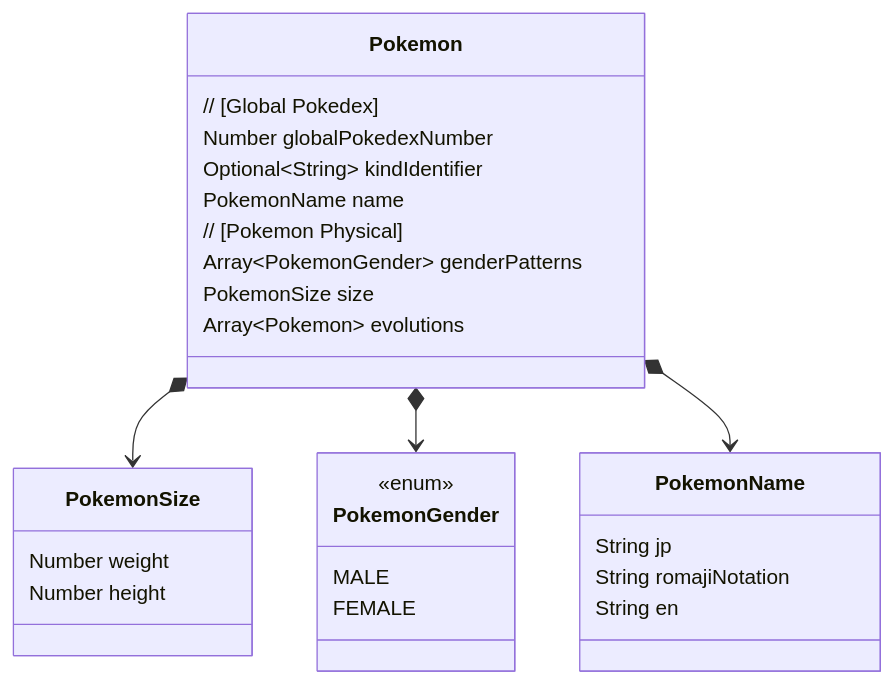
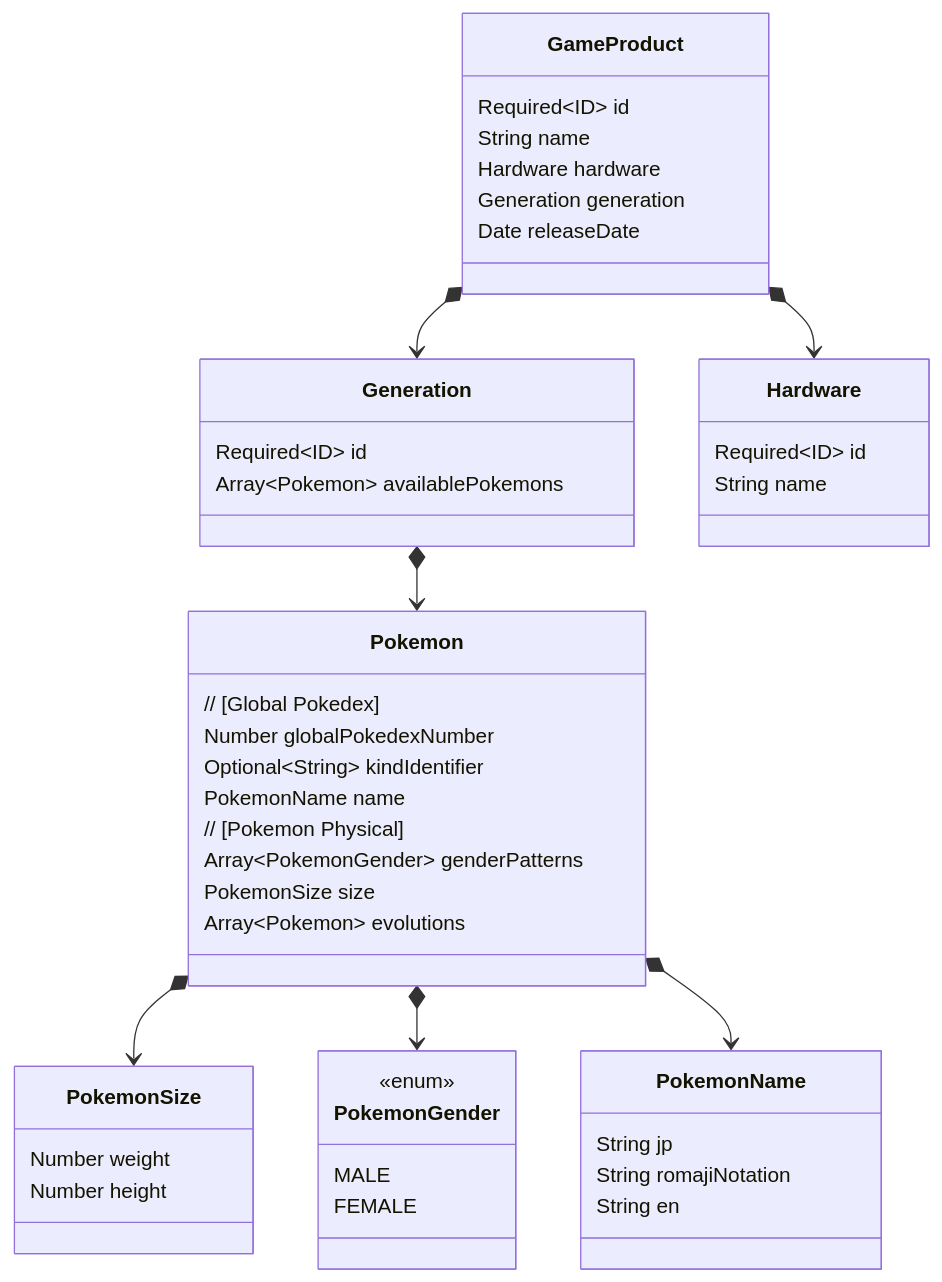
The diagram in pokemon-class.md (O6lvl4/pokemon-doc), drawn with Mermaid before and after one commit.

Commit message:
Add pokemon product and generation models

````diff
--- a/pokemon-class.md
+++ b/pokemon-class.md
@@ -1,35 +1,56 @@
 ```mermaid
 classDiagram
 
     class Pokemon {
         // [Global Pokedex]
         Number globalPokedexNumber
         Optional~String~ kindIdentifier
         PokemonName name
 
         // [Pokemon Physical]
         Array~PokemonGender~ genderPatterns
         PokemonSize size
         Array~Pokemon~ evolutions
     }
     Pokemon *--> PokemonSize
     Pokemon *--> PokemonGender
     Pokemon *--> PokemonName
 
     class PokemonSize {
         Number weight
         Number height
     }
 
     class PokemonGender {
         <<enum>>
         MALE
         FEMALE
     }
 
     class PokemonName {
         String jp
         String romajiNotation
         String en
     }
+
+    class Generation {
+        Required~ID~ id
+        Array~Pokemon~ availablePokemons
+    }
+    Generation *--> Pokemon    
+
+    class GameProduct {
+        Required~ID~ id
+        String name
+        Hardware hardware
+        Generation generation
+        Date releaseDate
+    }
+    GameProduct *--> Hardware
+    GameProduct *--> Generation
+
+    class Hardware {
+        Required~ID~ id
+        String name
+    }
 ```
````
